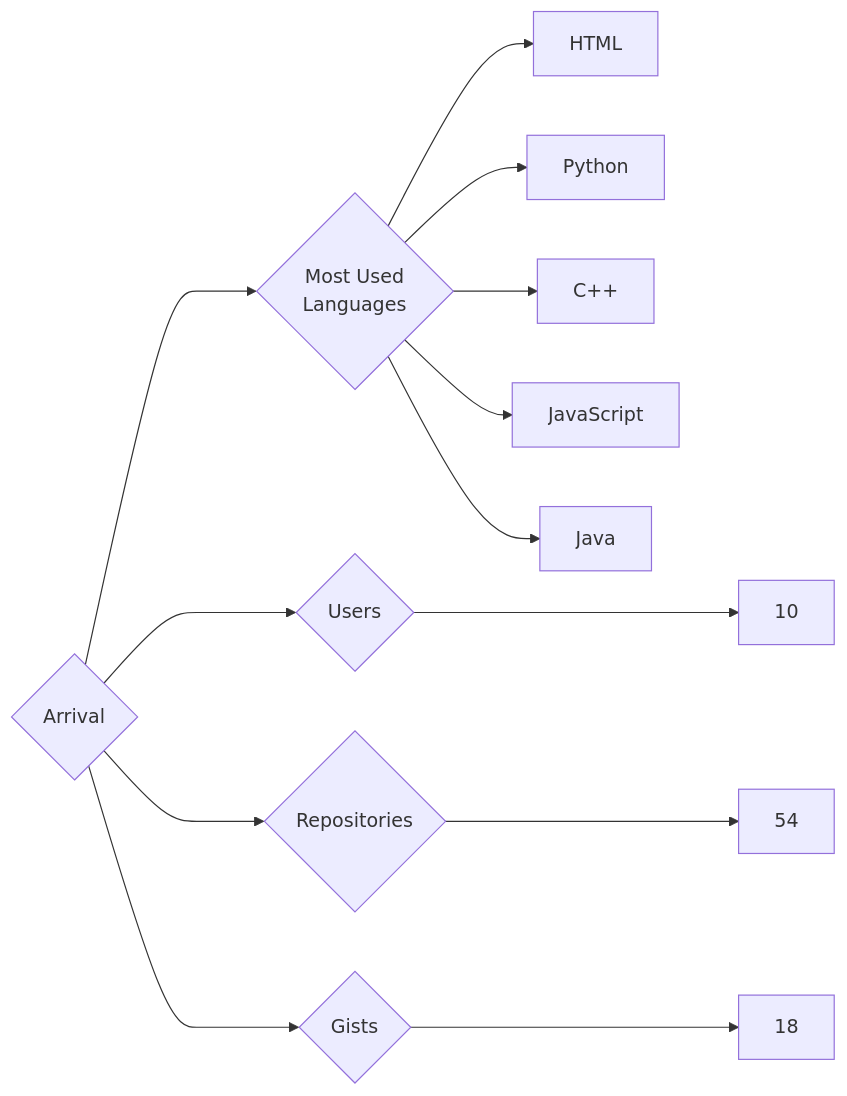
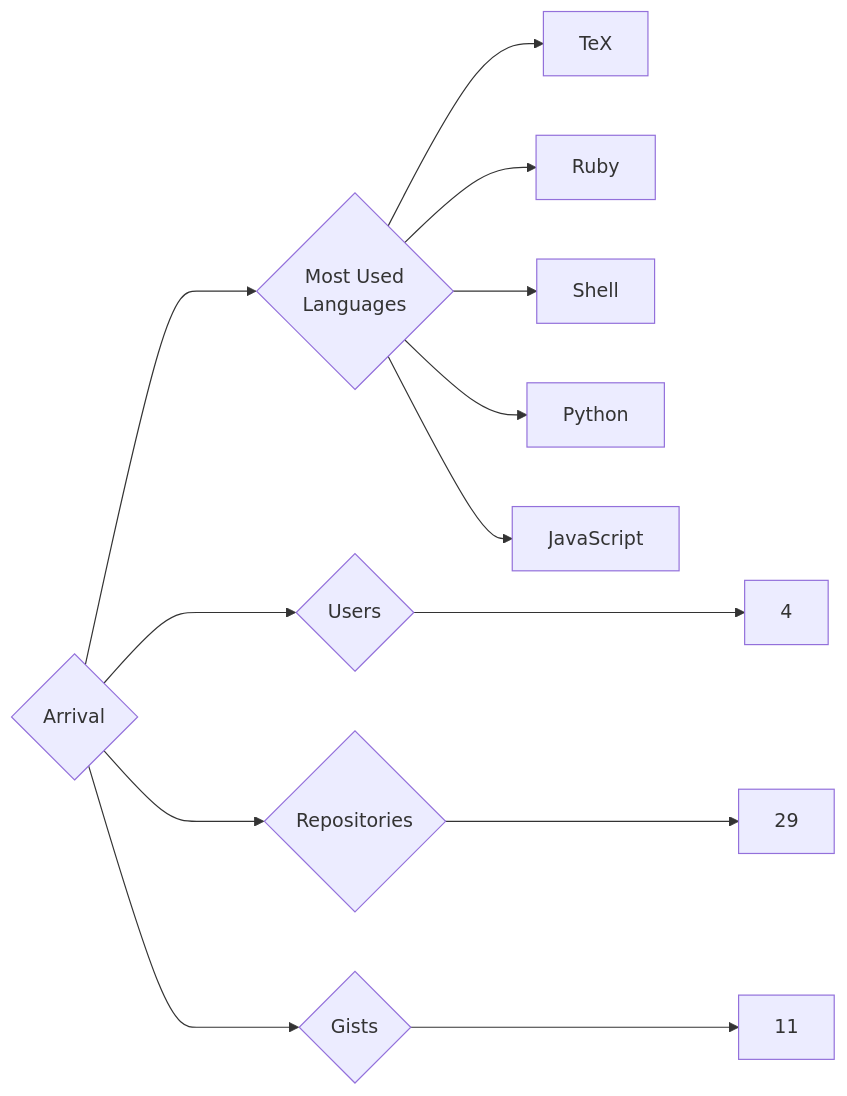
Before and after one commit to trickest/insiders: the diagram in targets/Arrival/README.md, drawn with Mermaid. The commit also changed 1195 other files, not shown here.

````diff
--- a/targets/Arrival/README.md
+++ b/targets/Arrival/README.md
@@ -3,13 +3,13 @@
 ```mermaid
 graph LR
 COMPANY_NAME{Arrival}
-COMPANY_NAME ---> U{Users} ---> UN[10]
-COMPANY_NAME ---> R{Repositories} ---> RN[54]
-COMPANY_NAME ---> G{Gists} ---> GN[18]
+COMPANY_NAME ---> U{Users} ---> UN[4]
+COMPANY_NAME ---> R{Repositories} ---> RN[29]
+COMPANY_NAME ---> G{Gists} ---> GN[11]
 COMPANY_NAME ---> ML{Most Used<br>Languages}
-ML --> HTML[HTML]
+ML --> TeX[TeX]
+ML --> Ruby[Ruby]
+ML --> Shell[Shell]
 ML --> Python[Python]
-ML --> C++[C++]
 ML --> JavaScript[JavaScript]
-ML --> Java[Java]
 ```
````
